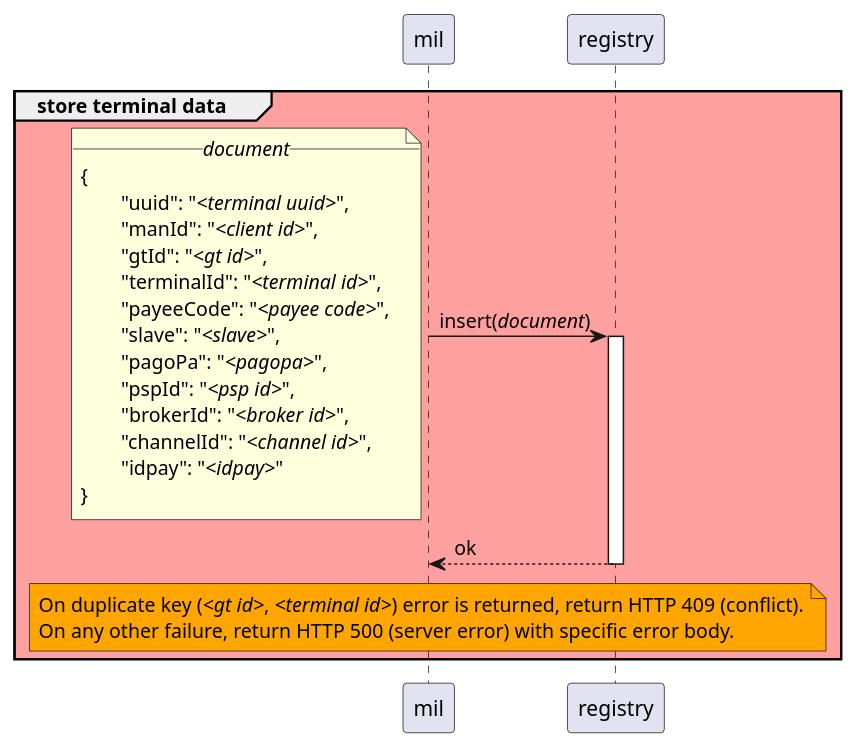
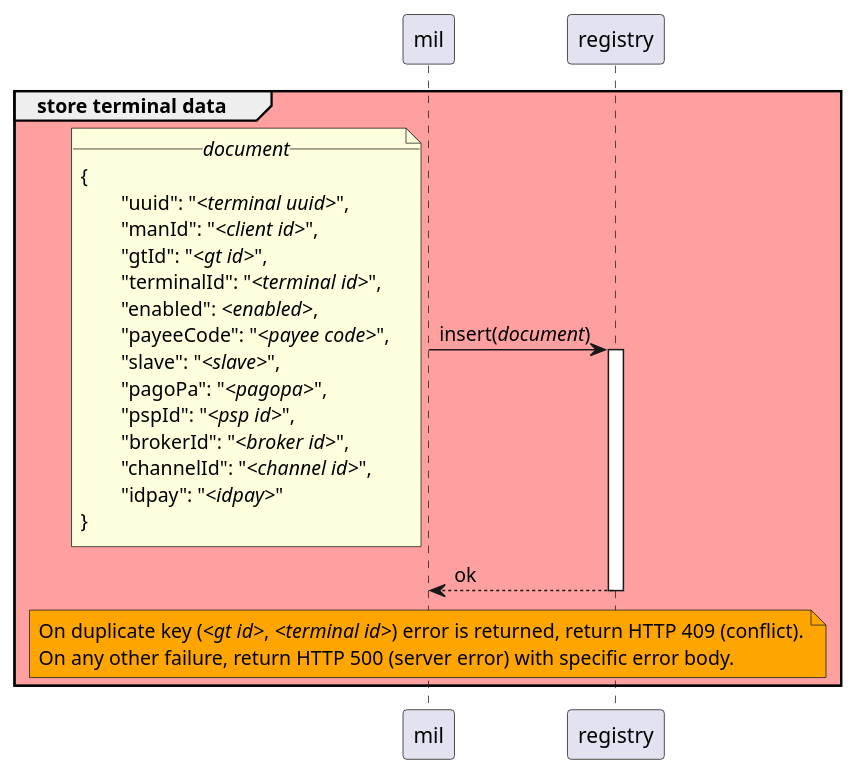
Before and after one commit to pagopa/mil-diags: the diagram in sequence_diags/pagoPA/pos_management/store_terminal_data.puml, drawn with PlantUML. The commit also changed 10 other files, not shown here.

```diff
--- a/sequence_diags/pagoPA/pos_management/store_terminal_data.puml
+++ b/sequence_diags/pagoPA/pos_management/store_terminal_data.puml
@@ -1,26 +1,27 @@
 group #FFA0A0 store terminal data
 	mil -> registry ++ : insert(//document//)
 		note left
 			__//document//__
 			{
 				"uuid": "//<terminal uuid>//",
 				"manId": "//<client id>//",
 				"gtId": "//<gt id>//",
 				"terminalId": "//<terminal id>//",
+				"enabled": //<enabled>//,
 				"payeeCode": "//<payee code>//",
 				"slave": "//<slave>//",
 				"pagoPa": "//<pagopa>//",
 				"pspId": "//<psp id>//",
 				"brokerId": "//<broker id>//",
 				"channelId": "//<channel id>//",
 				"idpay": "//<idpay>//"
 			}
 		end note
 
 	registry --> mil -- : ok
 
     note over mil #Orange
 		On duplicate key (//<gt id>//, //<terminal id>//) error is returned, return HTTP 409 (conflict).
 		On any other failure, return HTTP 500 (server error) with specific error body. 
 	end note
 end
```
